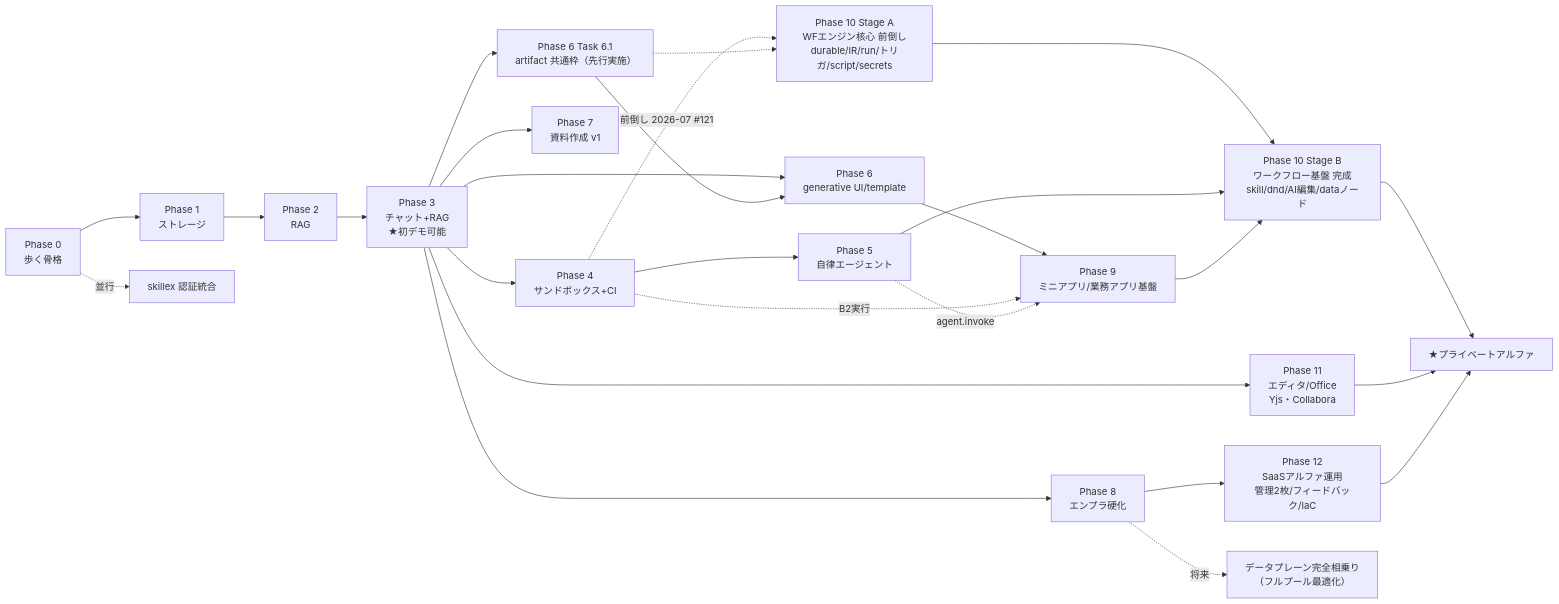
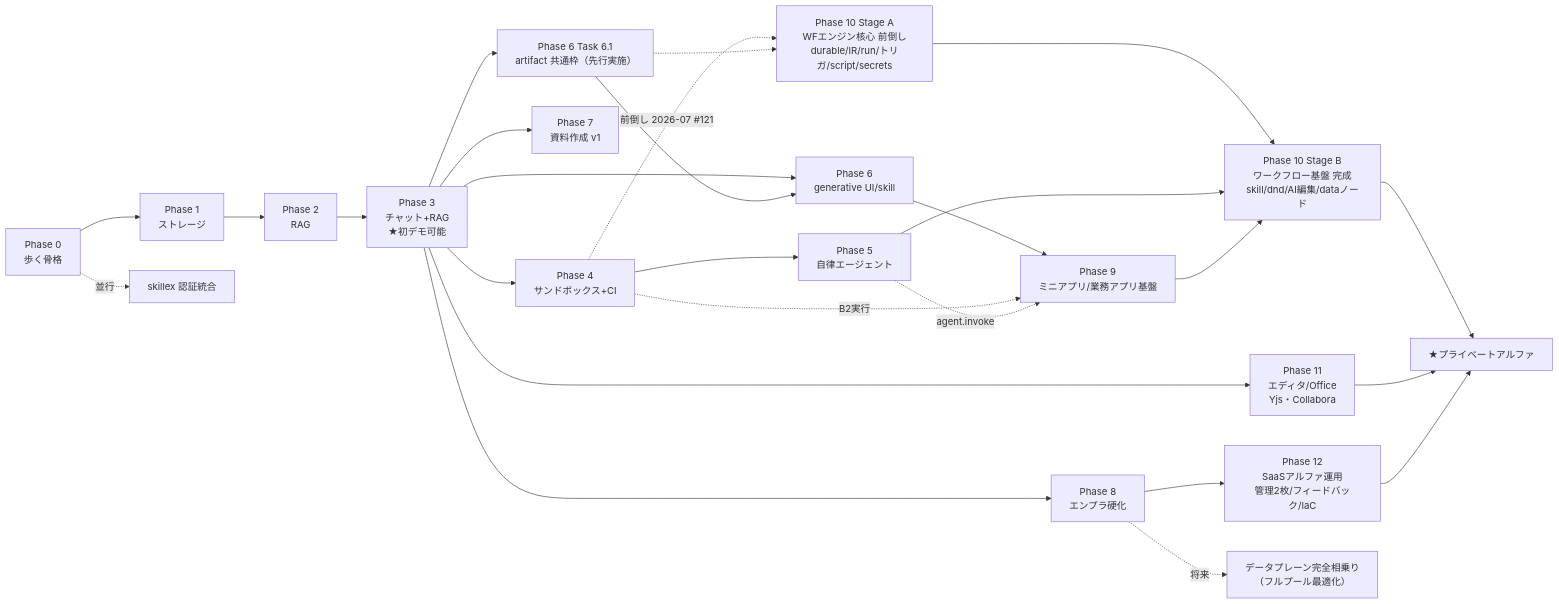
Before and after one commit to imanect-labs/shiki-platform: the diagram in docs/roadmap.md, drawn with Mermaid. The commit also changed other lines of this file and 6 other files, not shown here.

````diff
--- a/docs/roadmap.md
+++ b/docs/roadmap.md
@@ -18,28 +18,28 @@
 ```mermaid
 flowchart LR
   P0["Phase 0<br/>歩く骨格"] --> P1["Phase 1<br/>ストレージ"]
   P1 --> P2["Phase 2<br/>RAG"]
   P2 --> P3["Phase 3<br/>チャット+RAG<br/>★初デモ可能"]
   P3 --> P4["Phase 4<br/>サンドボックス+CI"]
   P4 --> P5["Phase 5<br/>自律エージェント"]
-  P3 --> P6["Phase 6<br/>generative UI/template"]
+  P3 --> P6["Phase 6<br/>generative UI/skill"]
   P6 --> P9["Phase 9<br/>ミニアプリ/業務アプリ基盤"]
   P4 -.->|B2実行| P9
   P5 -.->|agent.invoke| P9
   P3 --> P7["Phase 7<br/>資料作成 v1"]
   P3 --> P8["Phase 8<br/>エンプラ硬化"]
   P4 -.->|前倒し 2026-07 #121| P10A["Phase 10 Stage A<br/>WFエンジン核心 前倒し<br/>durable/IR/run/トリガ/script/secrets"]
   P3 --> T61["Phase 6 Task 6.1<br/>artifact 共通枠（先行実施）"]
   T61 -.-> P10A
   T61 --> P6
   P10A --> P10["Phase 10 Stage B<br/>ワークフロー基盤 完成<br/>skill/dnd/AI編集/dataノード"]
   P5 --> P10
   P9 --> P10
   P3 --> P11["Phase 11<br/>エディタ/Office<br/>Yjs・Collabora"]
   P8 --> P12["Phase 12<br/>SaaSアルファ運用<br/>管理2枚/フィードバック/IaC"]
   P10 --> ALPHA["★プライベートアルファ"]
   P11 --> ALPHA
   P12 --> ALPHA
   P0 -.->|並行| SK["skillex 認証統合"]
   P8 -.->|将来| FULLPOOL["データプレーン完全相乗り<br/>（フルプール最適化）"]
 ```
````
